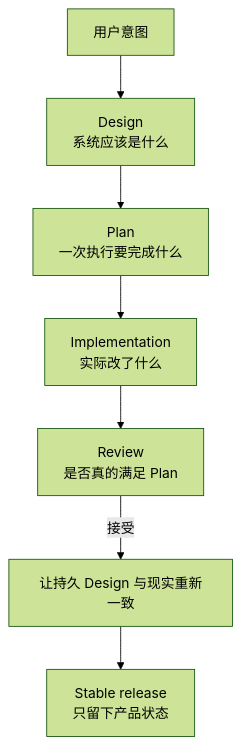
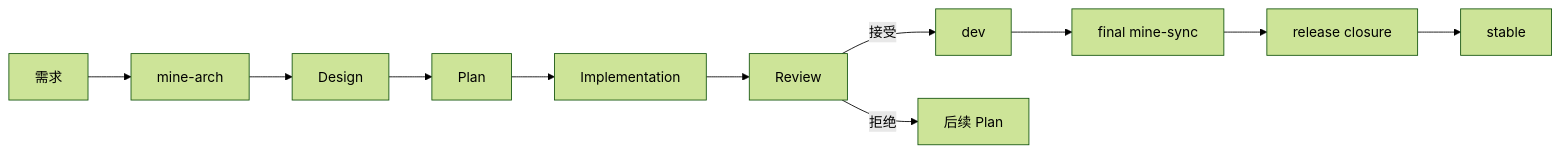
One commit to 6ixGODD/mine-is-not-everyones changed the first of 4 diagrams in docs/concepts.zh-CN.md. Above: the diagram before and after it, drawn with Mermaid (forest theme). The commit also changed other lines of this file and 20 other files, not shown here.

First line of the commit message:
release: v0.1.4 - scope-first mine-plan-create

````diff
--- a/docs/concepts.zh-CN.md
+++ b/docs/concepts.zh-CN.md
@@ -14,9 +19,13 @@
 ```mermaid
-flowchart TD
-    U[用户意图] --> D[Design\n系统应该是什么]
-    D --> P[Plan\n一次执行要完成什么]
-    P --> I[Implementation\n实际改了什么]
-    I --> R[Review\n是否真的满足 Plan]
-    R -->|接受| D2[让持久 Design 与现实重新一致]
-    D2 --> S[Stable release\n只留下产品状态]
+flowchart LR
+    U[需求] --> A[mine-arch]
+    A --> D[Design]
+    D --> P[Plan]
+    P --> I[Implementation]
+    I --> R[Review]
+    R -->|接受| DEV[dev]
+    R -->|拒绝| P2[后续 Plan]
+    DEV --> S[final mine-sync]
+    S --> C[release closure]
+    C --> ST[stable]
 ```
````
